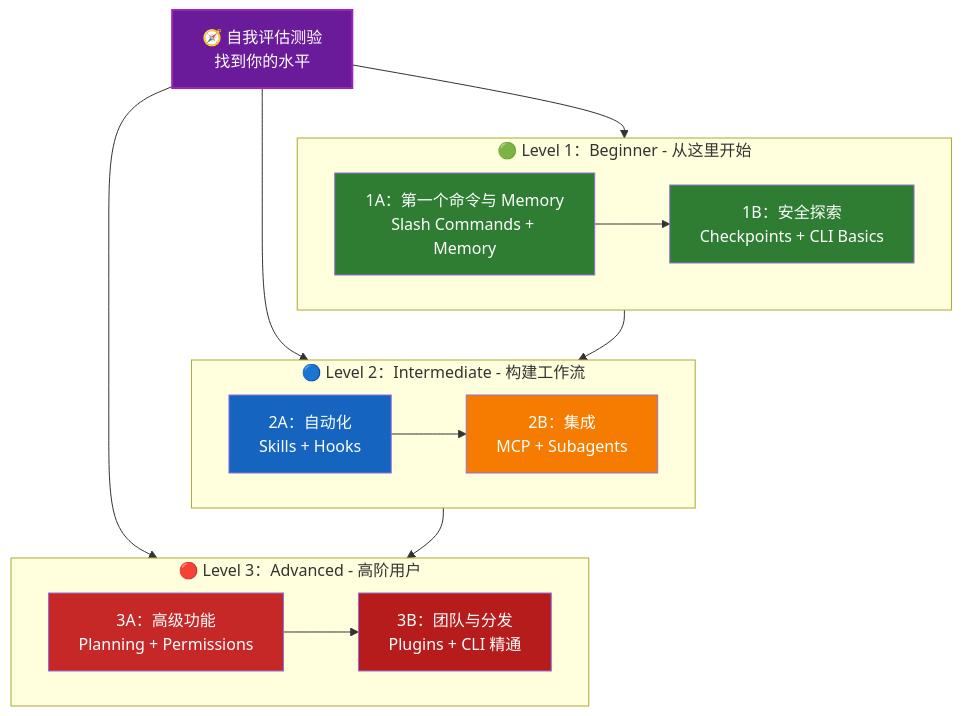
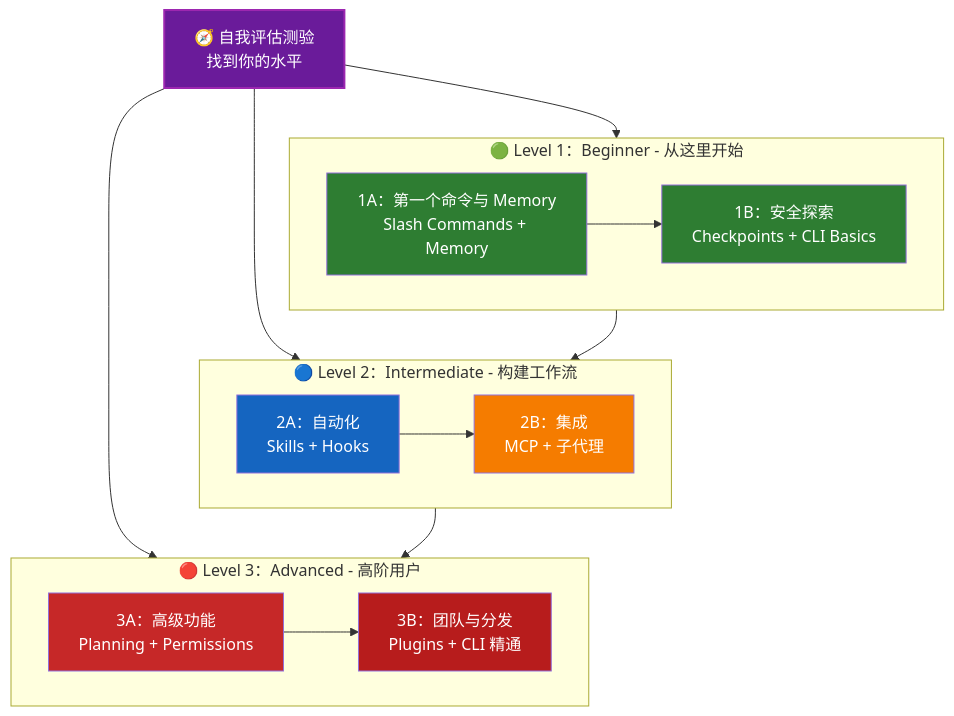
The diagram in LEARNING-ROADMAP-CN.md (tanqingkuang/claude-howto), drawn with Mermaid before and after one commit. The commit also changed other lines of this file and 84 other files, not shown here.

````diff
--- a/LEARNING-ROADMAP-CN.md
+++ b/LEARNING-ROADMAP-CN.md
@@ -56,32 +56,32 @@
 ```mermaid
 graph TD
     Q["🧭 自我评估测验<br/>找到你的水平"] --> L1
     Q --> L2
     Q --> L3
 
     subgraph L1["🟢 Level 1：Beginner - 从这里开始"]
         direction LR
         A["1A：第一个命令与 Memory<br/>Slash Commands + Memory"] --> B["1B：安全探索<br/>Checkpoints + CLI Basics"]
     end
 
     subgraph L2["🔵 Level 2：Intermediate - 构建工作流"]
         direction LR
-        C["2A：自动化<br/>Skills + Hooks"] --> D["2B：集成<br/>MCP + Subagents"]
+        C["2A：自动化<br/>Skills + Hooks"] --> D["2B：集成<br/>MCP + 子代理"]
     end
 
     subgraph L3["🔴 Level 3：Advanced - 高阶用户"]
         direction LR
         E["3A：高级功能<br/>Planning + Permissions"] --> F["3B：团队与分发<br/>Plugins + CLI 精通"]
     end
 
     L1 --> L2
     L2 --> L3
 
     style Q fill:#6A1B9A,color:#fff,stroke:#9C27B0,stroke-width:2px
     style A fill:#2E7D32,color:#fff
     style B fill:#2E7D32,color:#fff
     style C fill:#1565C0,color:#fff
     style D fill:#F57C00,color:#fff
     style E fill:#C62828,color:#fff
     style F fill:#B71C1C,color:#fff
 ```
````
